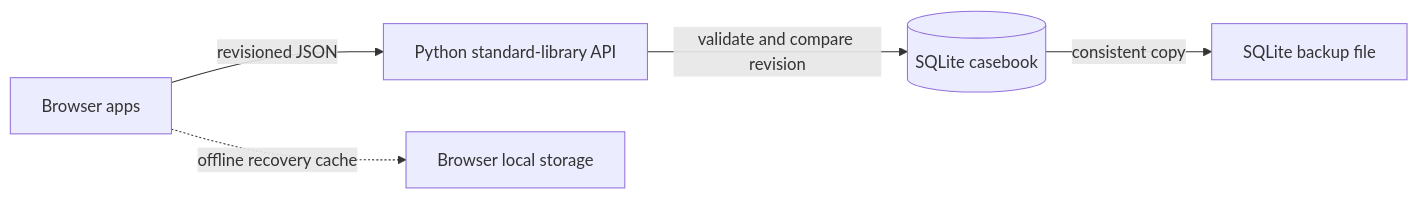
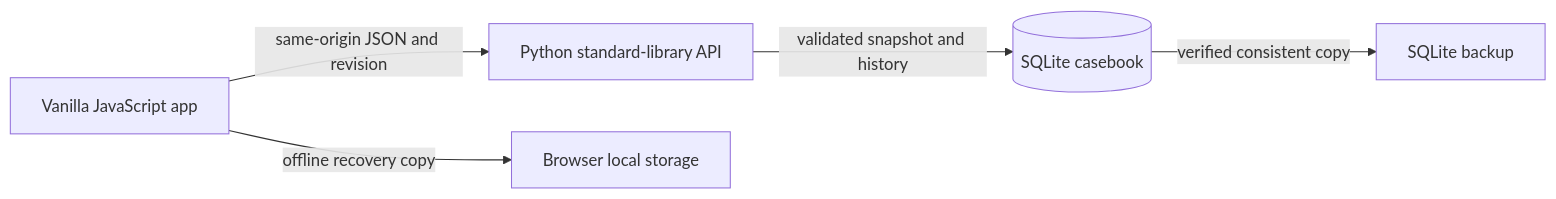
One commit to mylo123ai-hue/ict-engineering-portfolio changed the diagram in README.md. Above: the diagram before and after it, drawn with Mermaid. The commit also changed other lines of this file and 11 other files, not shown here.

````diff
--- a/README.md
+++ b/README.md
@@ -91,7 +53,7 @@
 ```mermaid
 flowchart LR
-  Browser[Browser apps] -->|revisioned JSON| API[Python standard-library API]
-  Browser -.->|offline recovery cache| LocalStorage[Browser local storage]
-  API -->|validate and compare revision| SQLite[(SQLite casebook)]
-  SQLite -->|consistent copy| Backup[SQLite backup file]
+  Browser[Vanilla JavaScript app] -->|same-origin JSON and revision| API[Python standard-library API]
+  Browser -->|offline recovery copy| Cache[Browser local storage]
+  API -->|validated snapshot and history| DB[(SQLite casebook)]
+  DB -->|verified consistent copy| Backup[SQLite backup]
 ```
````
